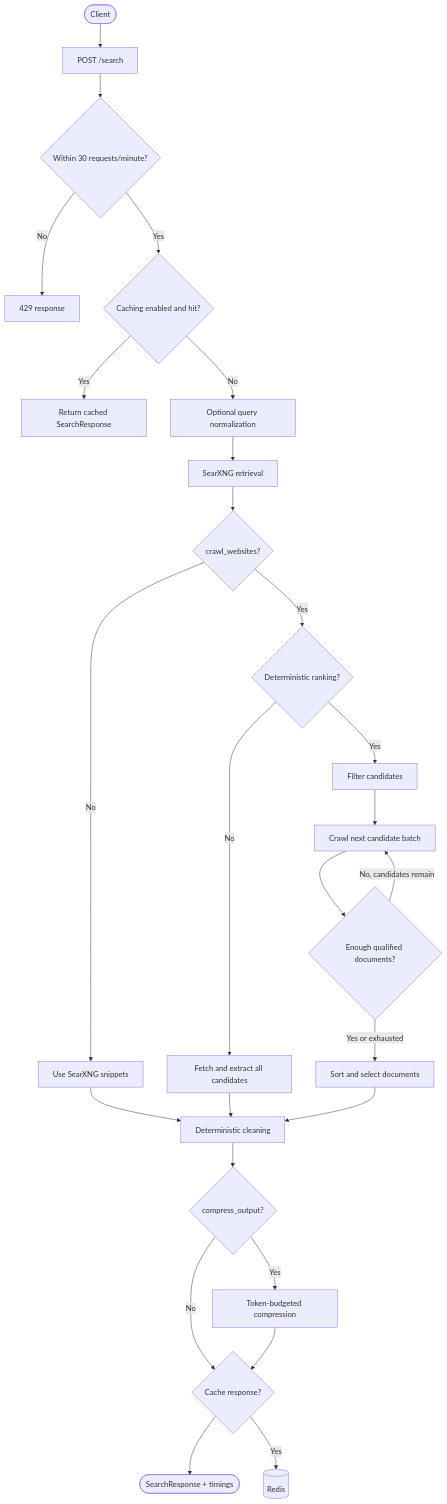
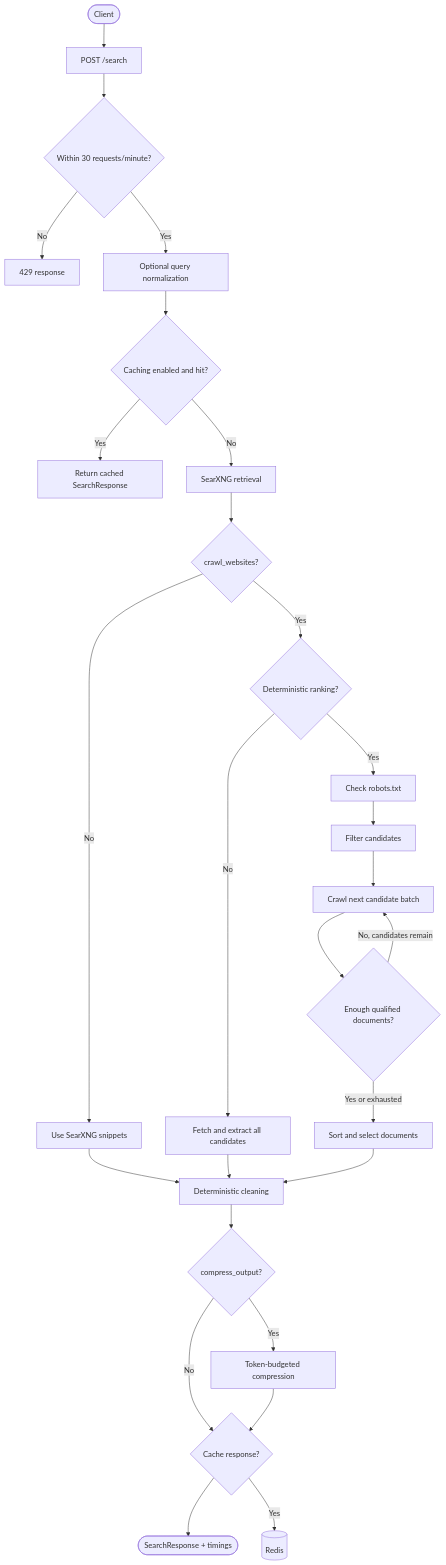
One commit to RHarish1/quarry changed the diagram in README.md. Above: the diagram before and after it, drawn with Mermaid. The commit also changed other lines of this file and 6 other files, not shown here.

Commit message:
docs: update architecture flow, caching, and observability documentation

````diff
--- a/README.md
+++ b/README.md
@@ -11,28 +13,29 @@
 ```mermaid
 flowchart TD
   Client([Client]) --> API[POST /search]
   API --> Limit{Within 30 requests/minute?}
   Limit -->|No| Throttle[429 response]
-  Limit -->|Yes| Cache{Caching enabled and hit?}
+  Limit -->|Yes| Normalize[Optional query normalization]
+  Normalize --> Cache{Caching enabled and hit?}
   Cache -->|Yes| Cached[Return cached SearchResponse]
-  Cache -->|No| Normalize[Optional query normalization]
-  Normalize --> Retrieve[SearXNG retrieval]
+  Cache -->|No| Retrieve[SearXNG retrieval]
   Retrieve --> Crawl{crawl_websites?}
   Crawl -->|No| Snippets[Use SearXNG snippets]
   Crawl -->|Yes| Rank{Deterministic ranking?}
   Rank -->|No| All[Fetch and extract all candidates]
-  Rank -->|Yes| Filter[Filter candidates]
+  Rank -->|Yes| Robots[Check robots.txt]
+  Robots --> Filter[Filter candidates]
   Filter --> Batch[Crawl next candidate batch]
   Batch --> Target{Enough qualified documents?}
   Target -->|No, candidates remain| Batch
   Target -->|Yes or exhausted| Selected[Sort and select documents]
   Snippets --> Clean[Deterministic cleaning]
   All --> Clean
   Selected --> Clean
   Clean --> Compress{compress_output?}
   Compress -->|Yes| Reduce[Token-budgeted compression]
   Compress -->|No| Store{Cache response?}
   Reduce --> Store
   Store --> Response([SearchResponse + timings])
   Store -->|Yes| Redis[(Redis)]
 ```
````
